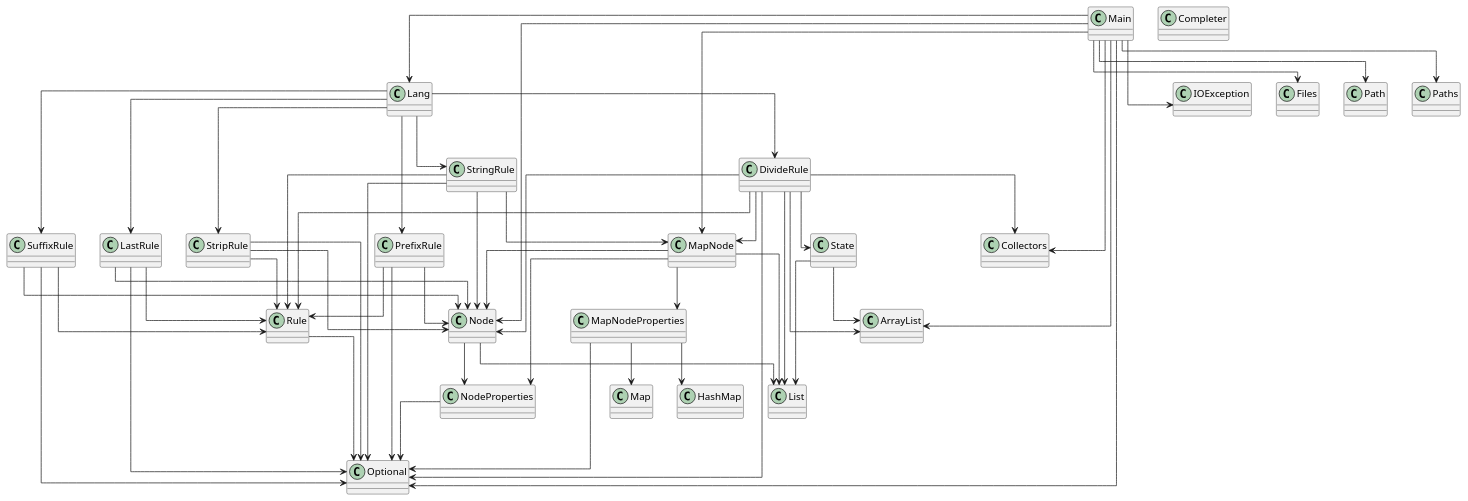
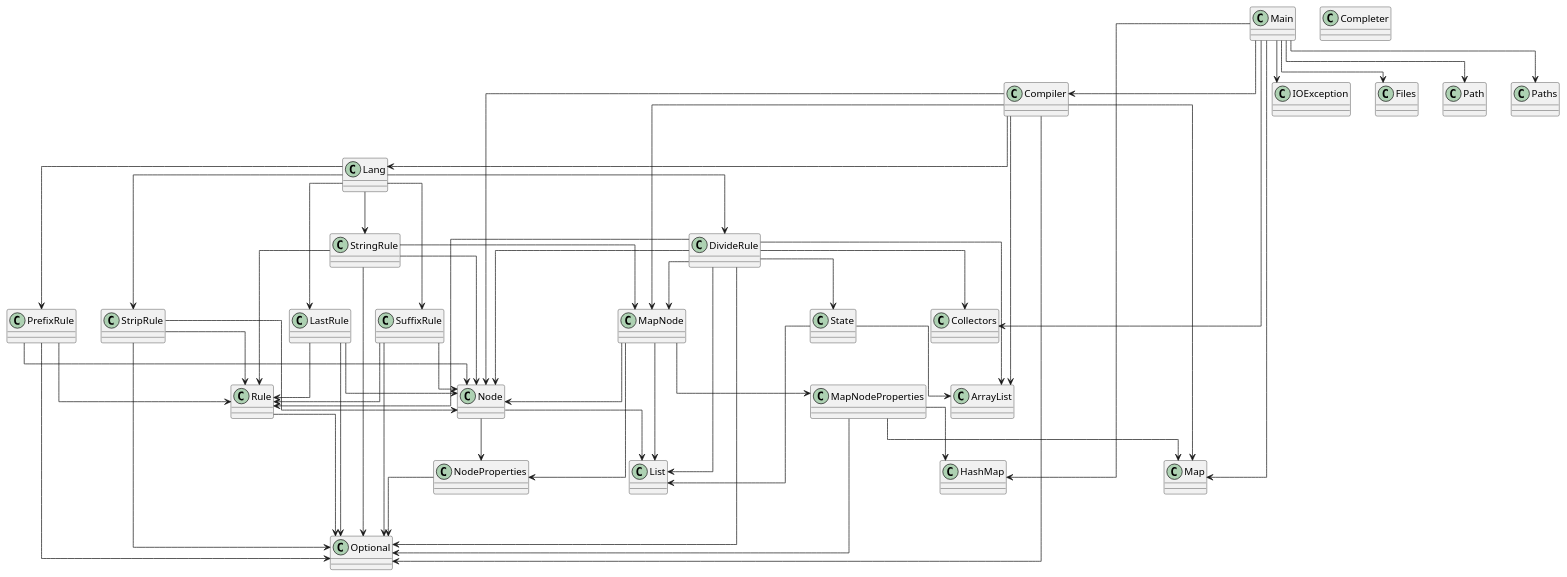
Before and after one commit to SirMathhman/Magma: the diagram in diagram.puml, drawn with PlantUML. The commit also changed 16 other files, not shown here.

```diff
--- a/diagram.puml
+++ b/diagram.puml
@@ -1,71 +1,76 @@
 @startuml
 skinparam linetype ortho
-class MapNodeProperties
-MapNodeProperties --> HashMap
-MapNodeProperties --> Map
-MapNodeProperties --> Optional
+class StringRule
+StringRule --> MapNode
+StringRule --> Node
+StringRule --> Rule
+StringRule --> Optional
+class PrefixRule
+PrefixRule --> Node
+PrefixRule --> Rule
+PrefixRule --> Optional
+class Compiler
+Compiler --> Lang
+Compiler --> Node
+Compiler --> MapNode
+Compiler --> ArrayList
+Compiler --> Map
+Compiler --> Optional
 class Node
 Node --> NodeProperties
 Node --> List
-class NodeProperties
-NodeProperties --> Optional
-class Rule
-Rule --> Optional
-class Completer
+class StripRule
+StripRule --> Node
+StripRule --> Rule
+StripRule --> Optional
 class Lang
 Lang --> DivideRule
 Lang --> LastRule
 Lang --> PrefixRule
 Lang --> StringRule
 Lang --> StripRule
 Lang --> SuffixRule
+class Completer
+class MapNode
+MapNode --> Node
+MapNode --> MapNodeProperties
+MapNode --> NodeProperties
+MapNode --> List
+class MapNodeProperties
+MapNodeProperties --> HashMap
+MapNodeProperties --> Map
+MapNodeProperties --> Optional
 class LastRule
 LastRule --> Node
 LastRule --> Rule
 LastRule --> Optional
 class DivideRule
 DivideRule --> MapNode
 DivideRule --> Node
 DivideRule --> Rule
 DivideRule --> State
 DivideRule --> ArrayList
 DivideRule --> List
 DivideRule --> Optional
 DivideRule --> Collectors
-class PrefixRule
-PrefixRule --> Node
-PrefixRule --> Rule
-PrefixRule --> Optional
-class StringRule
-StringRule --> MapNode
-StringRule --> Node
-StringRule --> Rule
-StringRule --> Optional
+class NodeProperties
+NodeProperties --> Optional
 class SuffixRule
 SuffixRule --> Node
 SuffixRule --> Rule
 SuffixRule --> Optional
-class StripRule
-StripRule --> Node
-StripRule --> Rule
-StripRule --> Optional
+class State
+State --> ArrayList
+State --> List
+class Rule
+Rule --> Optional
 class Main
-Main --> Lang
-Main --> Node
-Main --> MapNode
+Main --> Compiler
 Main --> IOException
 Main --> Files
 Main --> Path
 Main --> Paths
-Main --> ArrayList
-Main --> Optional
+Main --> HashMap
+Main --> Map
 Main --> Collectors
-class MapNode
-MapNode --> Node
-MapNode --> MapNodeProperties
-MapNode --> NodeProperties
-MapNode --> List
-class State
-State --> ArrayList
-State --> List
 @enduml
```
